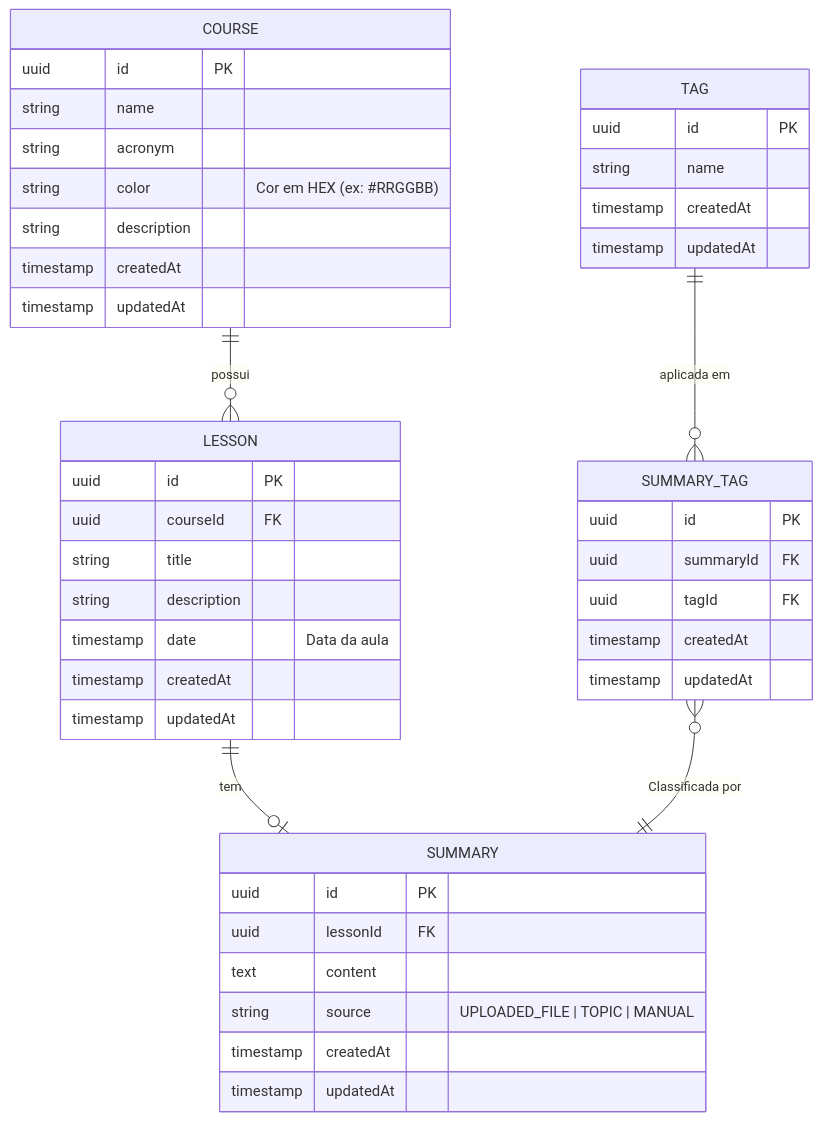
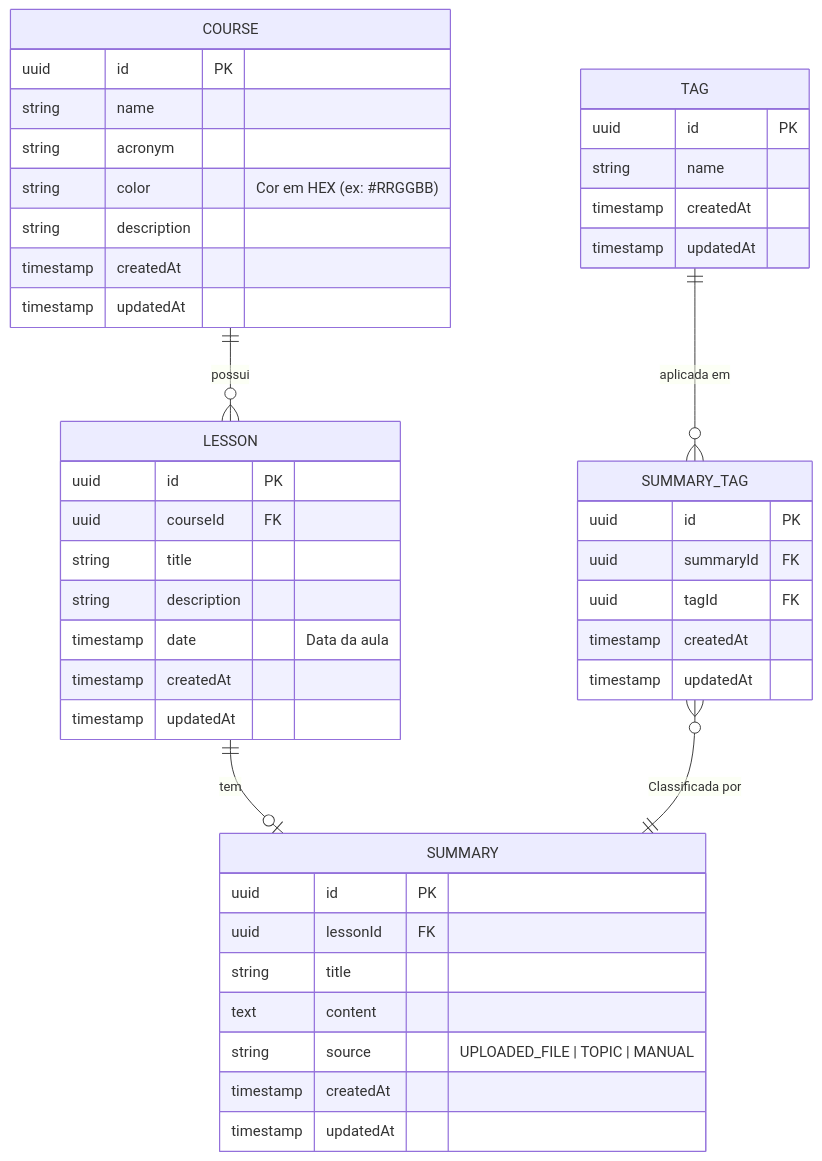
One commit to JesseRafaelDasNeves/study-genie changed the diagram in docs/api-lesson/DATABASE_SCHEMA.md. Above: the diagram before and after it, drawn with Mermaid. The commit also changed other lines of this file and 2 other files, not shown here.

Commit message:
add readmes

````diff
--- a/docs/api-lesson/DATABASE_SCHEMA.md
+++ b/docs/api-lesson/DATABASE_SCHEMA.md
@@ -30,51 +30,52 @@
 ```mermaid
 erDiagram
     COURSE ||--o{ LESSON : possui
     LESSON ||--o| SUMMARY : tem
     SUMMARY_TAG }o--|| SUMMARY : "Classificada por"
     TAG ||--o{ SUMMARY_TAG : "aplicada em"
 
     COURSE {
         uuid id PK
         string name
         string acronym
         string color "Cor em HEX (ex: #RRGGBB)"
         string description
         timestamp createdAt
         timestamp updatedAt
     }
 
     LESSON {
         uuid id PK
         uuid courseId FK
         string title
         string description
         timestamp date "Data da aula"
         timestamp createdAt
         timestamp updatedAt
     }
 
     SUMMARY {
         uuid id PK
         uuid lessonId FK
+        string title
         text content
         string source "UPLOADED_FILE | TOPIC | MANUAL"
         timestamp createdAt
         timestamp updatedAt
     }
 
     TAG {
         uuid id PK
         string name
         timestamp createdAt
         timestamp updatedAt
     }
 
     SUMMARY_TAG {
         uuid id PK
         uuid summaryId FK
         uuid tagId FK
         timestamp createdAt
         timestamp updatedAt
     }
 ```
````
